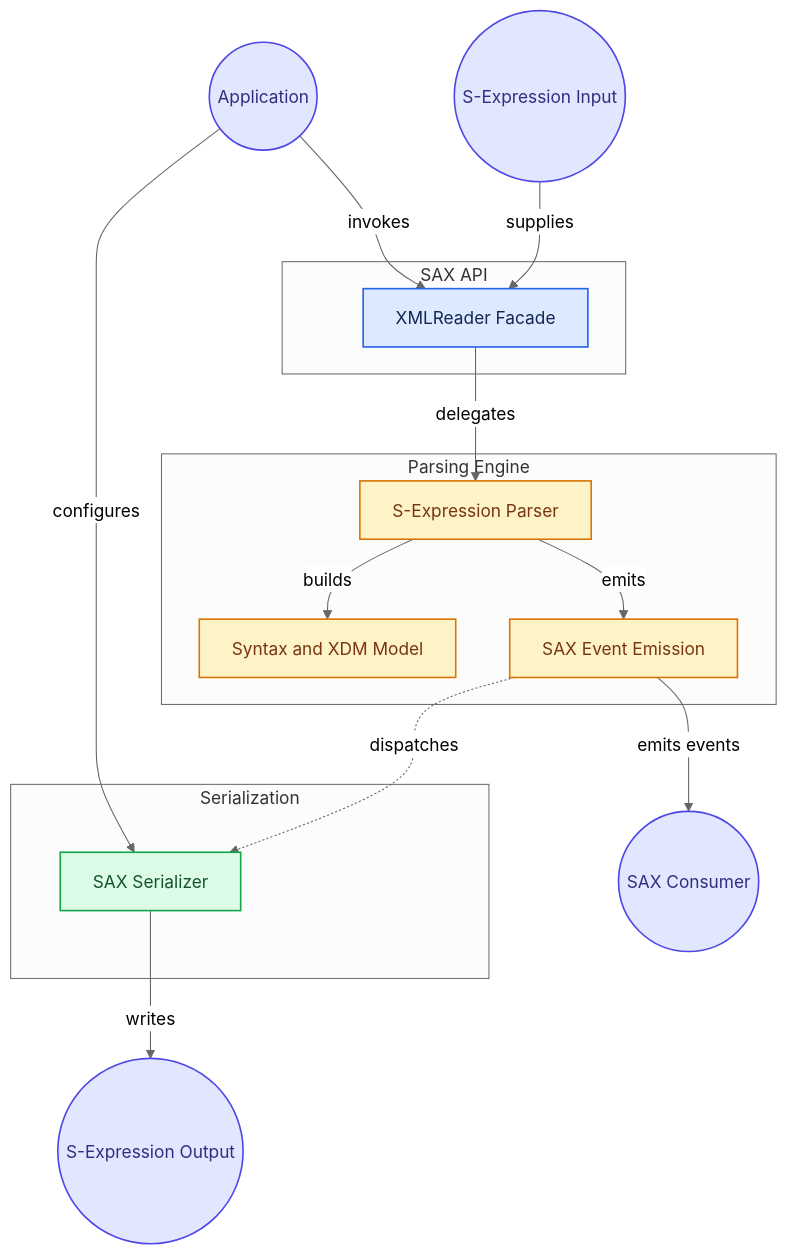
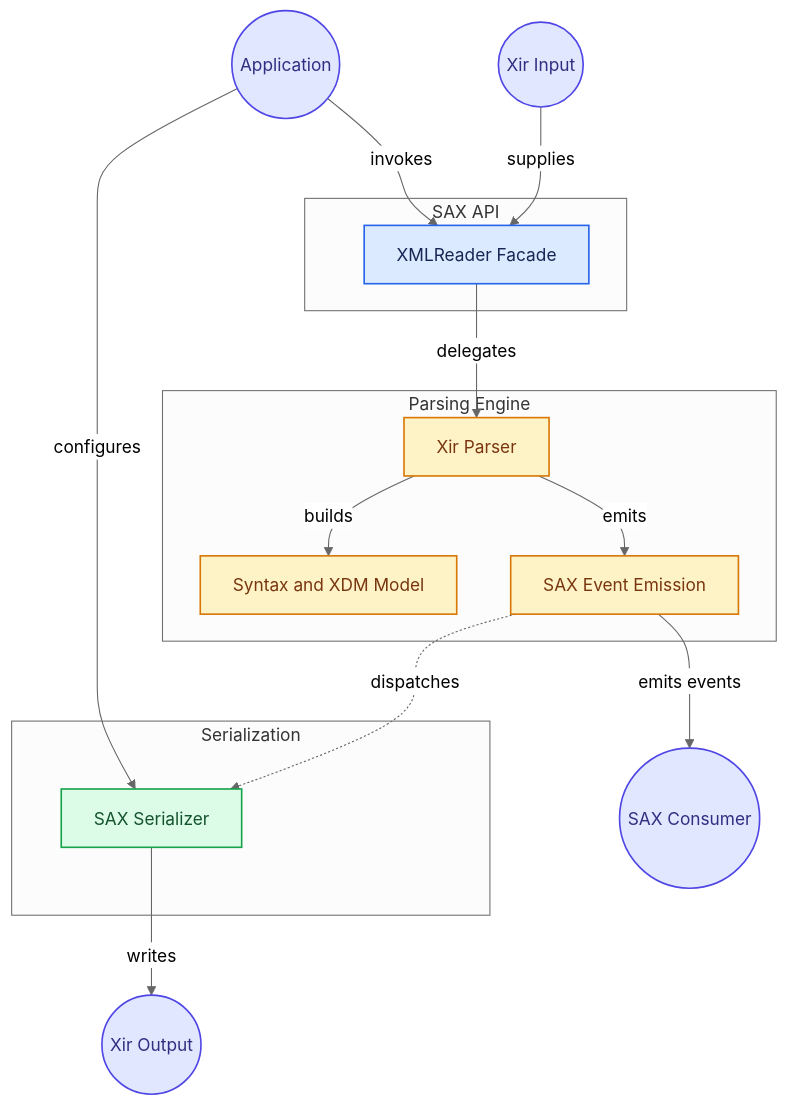
The diagram in ARCHITECTURE.md (jurgenei/xir-sax), drawn with Mermaid (neutral theme) before and after one commit. The commit also changed other lines of this file, not shown here.

Commit message:
fix rename to xir

````diff
--- a/ARCHITECTURE.md
+++ b/ARCHITECTURE.md
@@ -3,50 +3,50 @@
 ```mermaid
 flowchart TD
 
     subgraph group_api["SAX API"]
         node_xml_reader["XMLReader Facade"]
     end
 
     subgraph group_engine["Parsing Engine"]
-        node_parser["S-Expression Parser"]
+        node_parser["Xir Parser"]
         node_syntax_model["Syntax and XDM Model"]
         node_event_emission["SAX Event Emission"]
     end
 
     subgraph group_output["Serialization"]
         node_serializer["SAX Serializer"]
     end
 
     node_application(("Application"))
-    node_sexpr_input(("S-Expression Input"))
+    node_sexpr_input(("Xir Input"))
     node_sax_consumer(("SAX Consumer"))
-    node_sexpr_output(("S-Expression Output"))
+    node_sexpr_output(("Xir Output"))
 
     node_application -->|"invokes"| node_xml_reader
     node_application -->|"configures"| node_serializer
     node_sexpr_input -->|"supplies"| node_xml_reader
     node_xml_reader -->|"delegates"| node_parser
     node_parser -->|"builds"| node_syntax_model
     node_parser -->|"emits"| node_event_emission
     node_event_emission -.->|"dispatches"| node_serializer
     node_event_emission -->|"emits events"| node_sax_consumer
     node_serializer -->|"writes"| node_sexpr_output
 
-    click node_xml_reader "https://github.com/jurgenei/xml-sax-sexpr/blob/main/src/main/java/name/jurgenei/xml/sexpr/SExpressionXmlReader.java"
-    click node_parser "https://github.com/jurgenei/xml-sax-sexpr/blob/main/src/main/java/name/jurgenei/xml/sexpr/SExpressionParser.java"
-    click node_syntax_model "https://github.com/jurgenei/xml-sax-sexpr/blob/main/src/main/java/name/jurgenei/xml/sexpr/SExpressionParser.java"
-    click node_event_emission "https://github.com/jurgenei/xml-sax-sexpr/blob/main/src/main/java/name/jurgenei/xml/sexpr/SExpressionParser.java"
-    click node_serializer "https://github.com/jurgenei/xml-sax-sexpr/blob/main/src/main/java/name/jurgenei/xml/sexpr/SExpressionSerializer.java"
+    click node_xml_reader "https://github.com/jurgenei/xir-sax/blob/main/src/main/java/name/jurgenei/xir/XirReader.java"
+    click node_parser "https://github.com/jurgenei/xir-sax/blob/main/src/main/java/name/jurgenei/xir/XirParser.java"
+    click node_syntax_model "https://github.com/jurgenei/xir-sax/blob/main/src/main/java/name/jurgenei/xir/XirExpressionParser.java"
+    click node_event_emission "https://github.com/jurgenei/xir-sax/blob/main/src/main/java/name/jurgenei/xir/XirParser.java"
+    click node_serializer "https://github.com/jurgenei/xir-sax/blob/main/src/main/java/name/jurgenei/xir/XirSerializer.java"
 
     classDef toneNeutral fill:#f8fafc,stroke:#334155,stroke-width:1.5px,color:#0f172a
     classDef toneBlue fill:#dbeafe,stroke:#2563eb,stroke-width:1.5px,color:#172554
     classDef toneAmber fill:#fef3c7,stroke:#d97706,stroke-width:1.5px,color:#78350f
     classDef toneMint fill:#dcfce7,stroke:#16a34a,stroke-width:1.5px,color:#14532d
     classDef toneRose fill:#ffe4e6,stroke:#e11d48,stroke-width:1.5px,color:#881337
     classDef toneIndigo fill:#e0e7ff,stroke:#4f46e5,stroke-width:1.5px,color:#312e81
     classDef toneTeal fill:#ccfbf1,stroke:#0f766e,stroke-width:1.5px,color:#134e4a
     class node_xml_reader toneBlue
     class node_parser,node_syntax_model,node_event_emission toneAmber
     class node_serializer toneMint
     class node_application,node_sexpr_input,node_sax_consumer,node_sexpr_output toneIndigo
 ```
````
